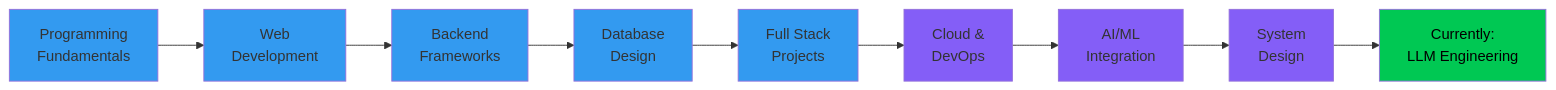
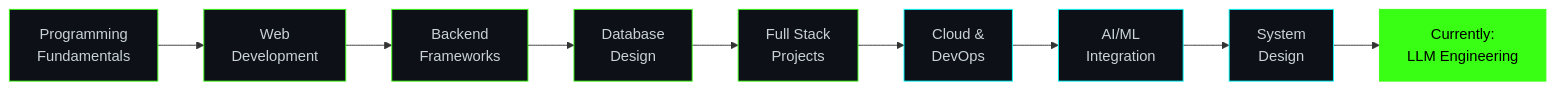
Before and after one commit to rudra00434/rudra00434: the third of 3 diagrams in README.md, drawn with Mermaid. The commit also changed other lines of this file, not shown here.

````diff
--- a/README.md
+++ b/README.md
@@ -558,21 +475,21 @@
 ```mermaid
 graph LR
     A[Programming<br/>Fundamentals] --> B[Web<br/>Development]
     B --> C[Backend<br/>Frameworks]
     C --> D[Database<br/>Design]
     D --> E[Full Stack<br/>Projects]
     E --> F[Cloud &<br/>DevOps]
     F --> G[AI/ML<br/>Integration]
     G --> H[System<br/>Design]
     H --> I[Currently:<br/>LLM Engineering]
-    
-    style A fill:#339AF0
-    style B fill:#339AF0
-    style C fill:#339AF0
-    style D fill:#339AF0
-    style E fill:#339AF0
-    style F fill:#845EF7
-    style G fill:#845EF7
-    style H fill:#845EF7
-    style I fill:#00C853,color:#000
+
+    style A fill:#0D1117,stroke:#39FF14,color:#C9D1D9
+    style B fill:#0D1117,stroke:#39FF14,color:#C9D1D9
+    style C fill:#0D1117,stroke:#39FF14,color:#C9D1D9
+    style D fill:#0D1117,stroke:#39FF14,color:#C9D1D9
+    style E fill:#0D1117,stroke:#39FF14,color:#C9D1D9
+    style F fill:#0D1117,stroke:#00FFFF,color:#C9D1D9
+    style G fill:#0D1117,stroke:#00FFFF,color:#C9D1D9
+    style H fill:#0D1117,stroke:#00FFFF,color:#C9D1D9
+    style I fill:#39FF14,stroke:#39FF14,color:#000000
 ```
````
